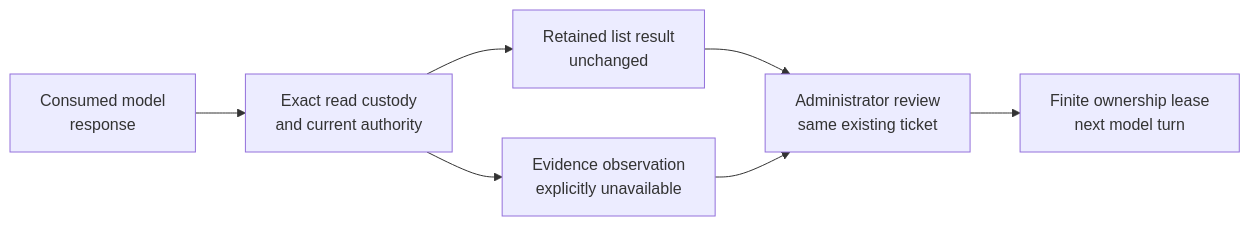
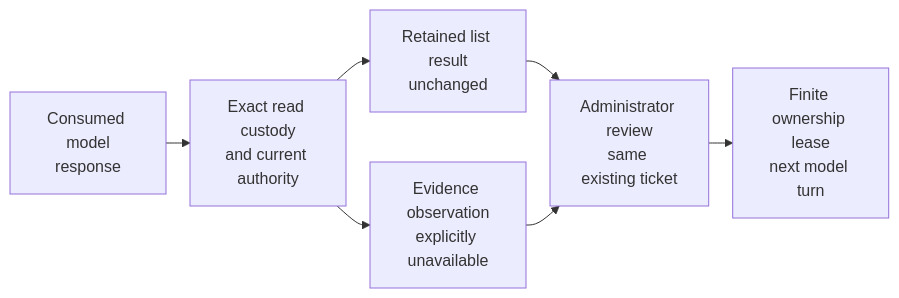
One commit to fireflyframework/firefly-forge changed the second of 2 diagrams in docs/invalid-read-continuity.md. Above: the diagram before and after it, drawn with Mermaid. The commit also changed 1 other file, not shown here.

Commit message:
Keep recovery diagrams legible and browser tests formatted

````diff
--- a/docs/invalid-read-continuity.md
+++ b/docs/invalid-read-continuity.md
@@ -147,9 +147,15 @@
 ```mermaid
+---
+config:
+  flowchart:
+    wrappingWidth: 96
+    rankSpacing: 24
+---
 flowchart LR
     Consumed["Consumed model<br/>response"] --> Custody["Exact read custody<br/>and current authority"]
     Custody --> Known["Retained list result<br/>unchanged"]
     Custody --> Unknown["Evidence observation<br/>explicitly unavailable"]
     Known --> Review["Administrator review<br/>same existing ticket"]
     Unknown --> Review
     Review --> Lease["Finite ownership lease<br/>next model turn"]
 ```
````
